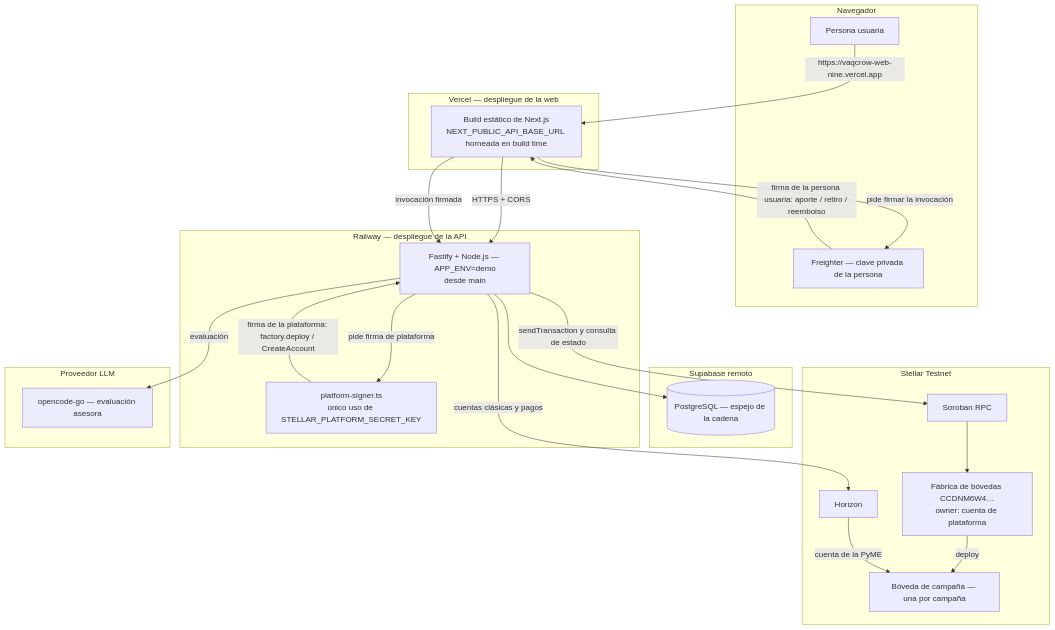
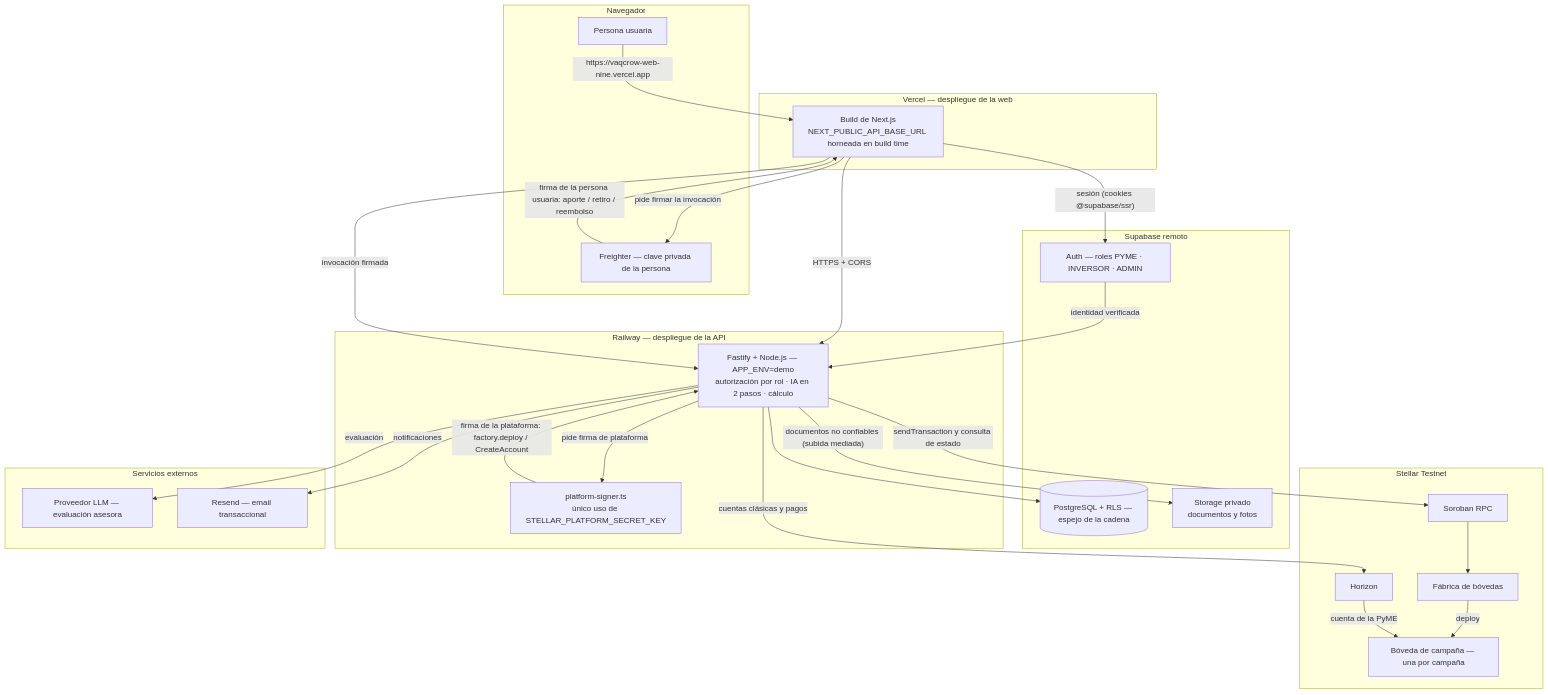
The second of 3 diagrams in README.md (reyduar/Vaqcrow), drawn with Mermaid before and after one commit. The commit also changed other lines of this file and 3 other files, not shown here.

````diff
--- a/README.md
+++ b/README.md
@@ -140,46 +153,53 @@
 ```mermaid
 graph TB
-    subgraph "Navegador"
+    subgraph BROWSER["Navegador"]
         USER["Persona usuaria"]
         FREIGHTER["Freighter — clave privada de la persona"]
     end
 
-    subgraph "Vercel — despliegue de la web"
-        WEB["Build estático de Next.js<br/>NEXT_PUBLIC_API_BASE_URL horneada en build time"]
+    subgraph VERCEL["Vercel — despliegue de la web"]
+        WEB["Build de Next.js<br/>NEXT_PUBLIC_API_BASE_URL horneada en build time"]
     end
 
-    subgraph "Railway — despliegue de la API"
-        API["Fastify + Node.js — APP_ENV=demo<br/>desde main"]
+    subgraph RAILWAY["Railway — despliegue de la API"]
+        API["Fastify + Node.js — APP_ENV=demo<br/>autorización por rol · IA en 2 pasos · cálculo"]
         SIGNER["platform-signer.ts<br/>único uso de STELLAR_PLATFORM_SECRET_KEY"]
     end
 
-    subgraph "Supabase remoto"
-        DB[("PostgreSQL — espejo de la cadena")]
+    subgraph SUPABASE["Supabase remoto"]
+        AUTH["Auth — roles PYME · INVERSOR · ADMIN"]
+        DB[("PostgreSQL + RLS — espejo de la cadena")]
+        STORAGE["Storage privado<br/>documentos y fotos"]
     end
 
-    subgraph "Stellar Testnet"
+    subgraph STELLAR["Stellar Testnet"]
         RPC["Soroban RPC"]
         HORIZON["Horizon"]
-        FACTORY["Fábrica de bóvedas CCDNM6W4…<br/>owner: cuenta de plataforma"]
+        FACTORY["Fábrica de bóvedas"]
         VAULT["Bóveda de campaña — una por campaña"]
     end
 
-    subgraph "Proveedor LLM"
-        LLM["opencode-go — evaluación asesora"]
+    subgraph EXT["Servicios externos"]
+        LLM["Proveedor LLM — evaluación asesora"]
+        RESEND["Resend — email transaccional"]
     end
 
     USER -->|"https://vaqcrow-web-nine.vercel.app"| WEB
     WEB -->|"HTTPS + CORS"| API
     WEB -->|"pide firmar la invocación"| FREIGHTER
     FREIGHTER -->|"firma de la persona usuaria: aporte / retiro / reembolso"| WEB
+    WEB -->|"sesión (cookies @supabase/ssr)"| AUTH
     WEB -->|"invocación firmada"| API
+    AUTH -->|"identidad verificada"| API
     API --> DB
+    API -->|"documentos no confiables (subida mediada)"| STORAGE
+    API -->|"evaluación"| LLM
+    API -->|"notificaciones"| RESEND
     API -->|"sendTransaction y consulta de estado"| RPC
     API -->|"cuentas clásicas y pagos"| HORIZON
-    API -->|"evaluación"| LLM
     API -->|"pide firma de plataforma"| SIGNER
     SIGNER -->|"firma de la plataforma: factory.deploy / CreateAccount"| API
     RPC --> FACTORY
     FACTORY -->|"deploy"| VAULT
     HORIZON -->|"cuenta de la PyME"| VAULT
 ```
````
